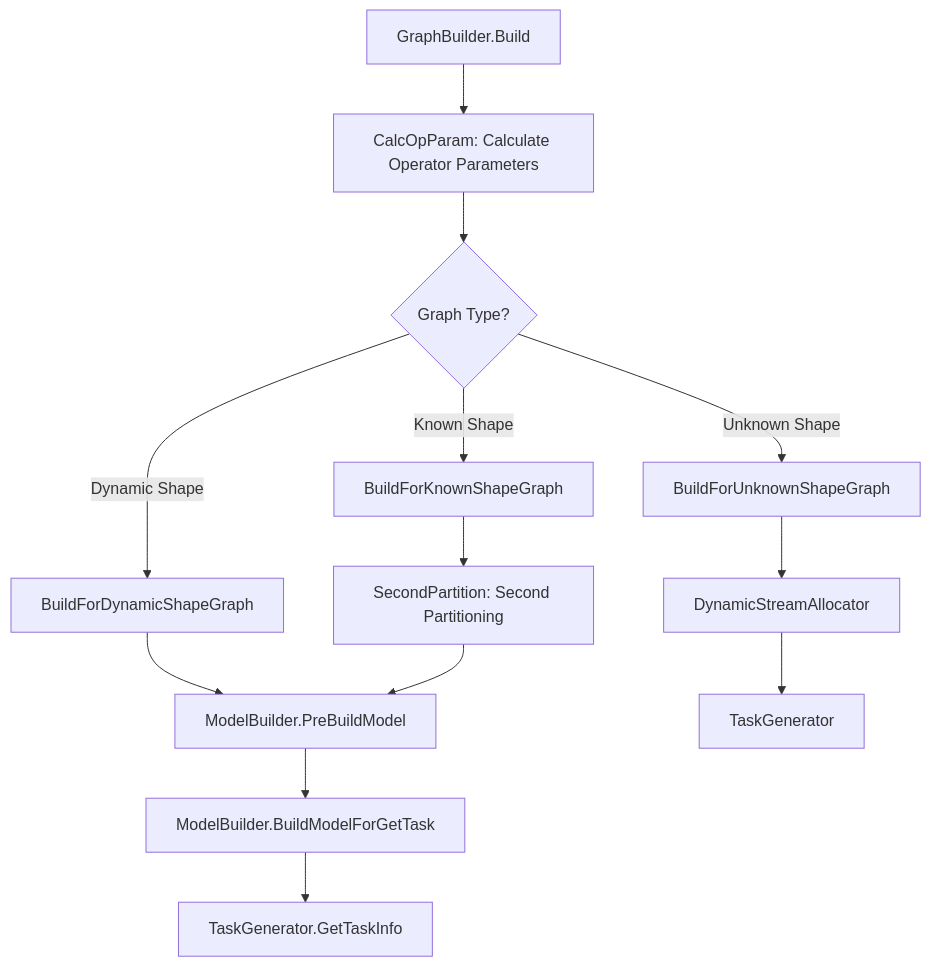
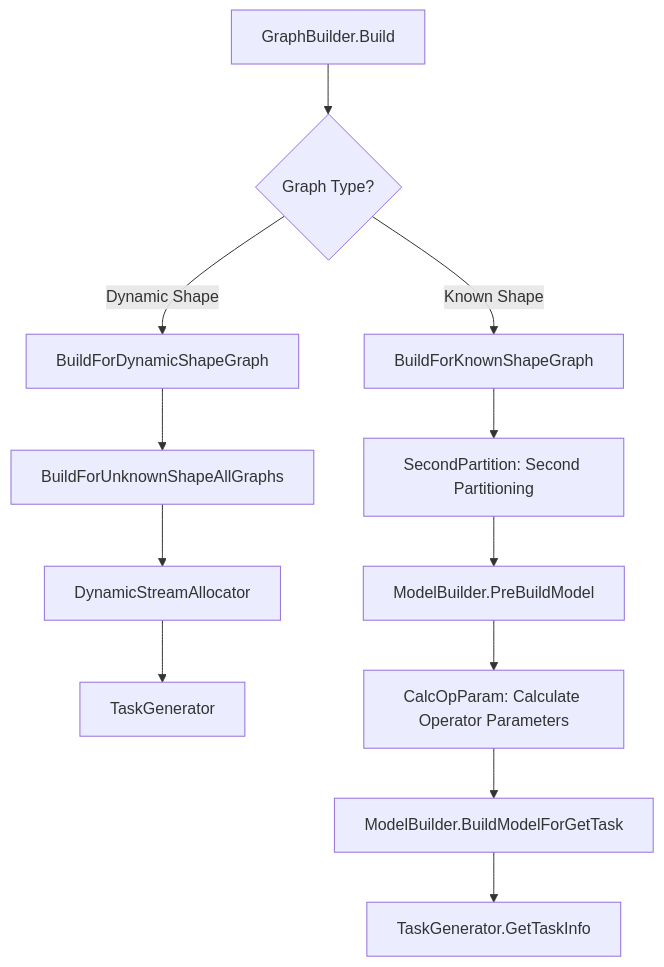
The fifth of 7 diagrams in docs/en/design/modules/compiler/compiler.md (hicann/ge), drawn with Mermaid before and after one commit. The commit also changed other lines of this file and 19 other files, not shown here.

````diff
--- a/docs/en/design/modules/compiler/compiler.md
+++ b/docs/en/design/modules/compiler/compiler.md
@@ -396,18 +413,16 @@
 ```mermaid
 flowchart TD
-    GB[GraphBuilder.Build] --> B1[CalcOpParam: Calculate Operator Parameters]
-    B1 --> B2{Graph Type?}
+    GB[GraphBuilder.Build] --> B2{Graph Type?}
     B2 -->|Dynamic Shape| B3[BuildForDynamicShapeGraph]
     B2 -->|Known Shape| B4[BuildForKnownShapeGraph]
-    B2 -->|Unknown Shape| B5[BuildForUnknownShapeGraph]
 
-    B3 --> B6[ModelBuilder.PreBuildModel]
-    B6 --> B7[ModelBuilder.BuildModelForGetTask]
-    B7 --> B8[TaskGenerator.GetTaskInfo]
+    B3 --> B3a[BuildForUnknownShapeAllGraphs]
+    B3a --> B10[DynamicStreamAllocator]
+    B10 --> B11[TaskGenerator]
 
     B4 --> B9[SecondPartition: Second Partitioning]
-    B9 --> B6
-
-    B5 --> B10[DynamicStreamAllocator]
-    B10 --> B11[TaskGenerator]
+    B9 --> B6[ModelBuilder.PreBuildModel]
+    B6 --> B1[CalcOpParam: Calculate Operator Parameters]
+    B1 --> B7[ModelBuilder.BuildModelForGetTask]
+    B7 --> B8[TaskGenerator.GetTaskInfo]
 ```
````
